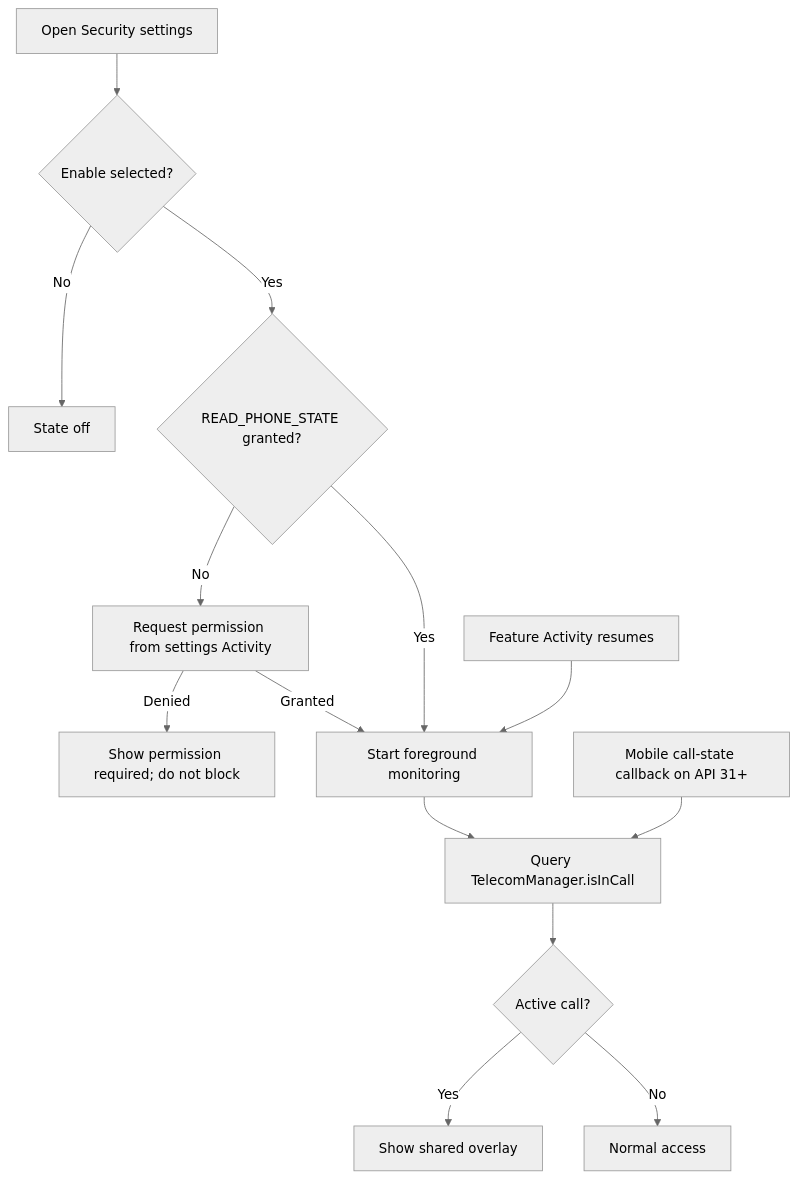
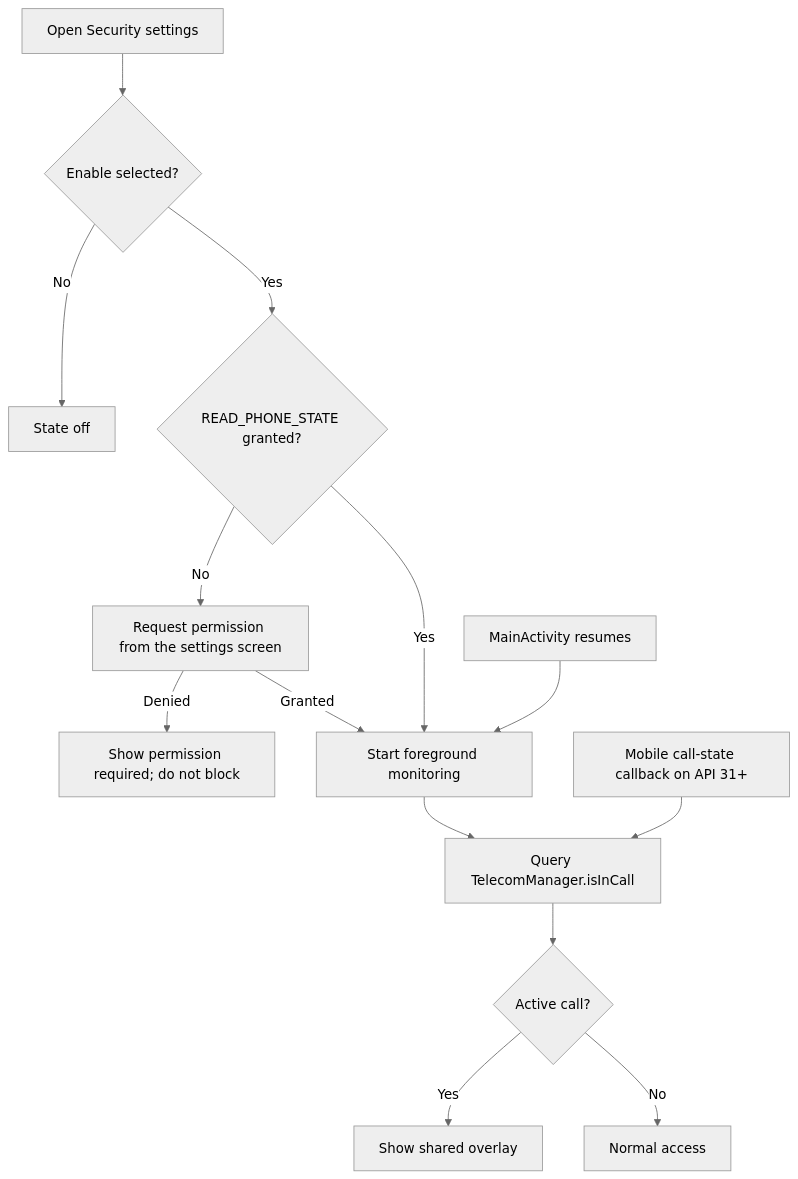
Before and after one commit to gjp-ai/gjp-lab-android-kotlin: the diagram in doc/specs/features/security/blockappduringcalls/blockappduringcalls_detail_design.md, drawn with Mermaid (neutral theme). The commit also changed other lines of this file and 46 other files, not shown here.

````diff
--- a/doc/specs/features/security/blockappduringcalls/blockappduringcalls_detail_design.md
+++ b/doc/specs/features/security/blockappduringcalls/blockappduringcalls_detail_design.md
@@ -37,16 +37,16 @@
 ```mermaid
 flowchart TD
     Open[Open Security settings] --> Enable{Enable selected?}
     Enable -->|No| Off[State off]
     Enable -->|Yes| Permission{READ_PHONE_STATE granted?}
-    Permission -->|No| Request[Request permission from settings Activity]
+    Permission -->|No| Request[Request permission from the settings screen]
     Request -->|Denied| Required[Show permission required; do not block]
     Request -->|Granted| Start[Start foreground monitoring]
     Permission -->|Yes| Start
     Start --> Refresh[Query TelecomManager.isInCall]
     Refresh --> Active{Active call?}
     Active -->|Yes| Block[Show shared overlay]
     Active -->|No| Allow[Normal access]
     Callback[Mobile call-state callback on API 31+] --> Refresh
-    Resume[Feature Activity resumes] --> Start
+    Resume[MainActivity resumes] --> Start
 ```
````
